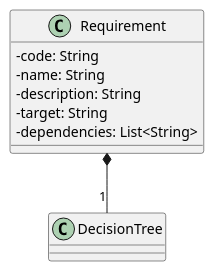
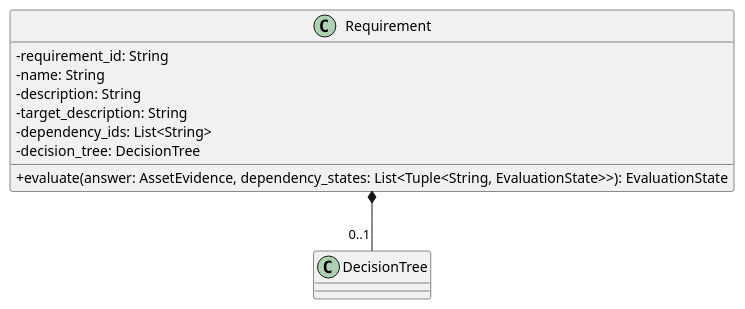
Before and after one commit to GroupRubberDuck/Documentazione: the diagram in src/PB/DocumentazioneEsterna/Specifica_Tecnica/content/uml/puml/Diagrammi_classi/Backend/Domain/Requirement.puml, drawn with PlantUML. The commit also changed 24 other files, not shown here.

```diff
--- a/src/PB/DocumentazioneEsterna/Specifica_Tecnica/content/uml/puml/Diagrammi_classi/Backend/Domain/Requirement.puml
+++ b/src/PB/DocumentazioneEsterna/Specifica_Tecnica/content/uml/puml/Diagrammi_classi/Backend/Domain/Requirement.puml
@@ -1,14 +1,18 @@
 @startuml Requirement
 skinparam linetype ortho
 skinparam classAttributeIconSize 0
 
 class Requirement {
-    - code: String
+    - requirement_id: String
     - name: String
     - description: String
-    - target: String
-    - dependencies: List<String>
+    - target_description: String
+    - dependency_ids: List<String>
+    - decision_tree: DecisionTree
+
+    + evaluate(answer: AssetEvidence, dependency_states: List<Tuple<String, EvaluationState>>): EvaluationState
 }
-Requirement *-- "1" DecisionTree
+
+Requirement *-- "0..1" DecisionTree
 
 @enduml
```
